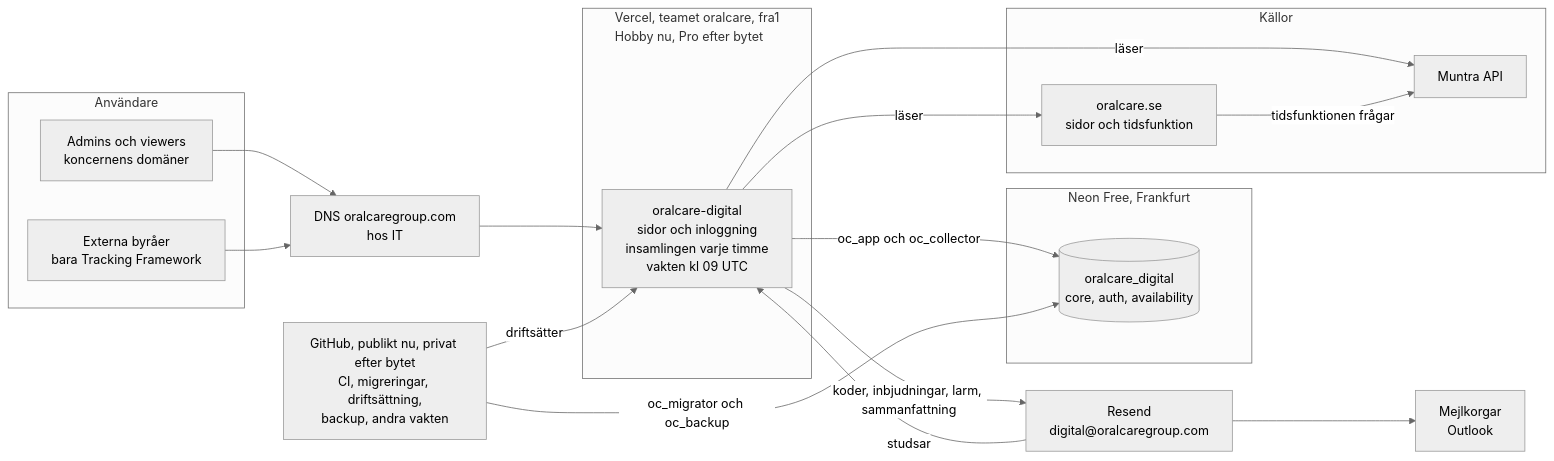
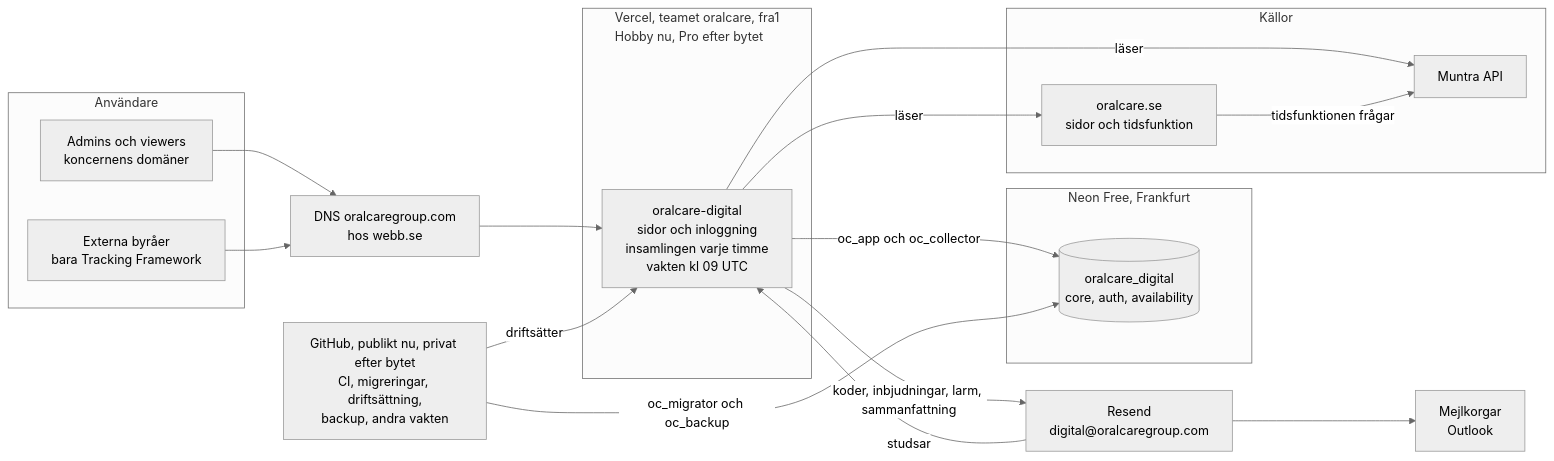
One commit to oral-care/oralcare-digital changed the diagram in docs/plan.md. Above: the diagram before and after it, drawn with Mermaid (neutral theme). The commit also changed other lines of this file and 61 other files, not shown here.

````diff
--- a/docs/plan.md
+++ b/docs/plan.md
@@ -1220,34 +1233,34 @@
 ```mermaid
 flowchart LR
   subgraph users["Användare"]
     staff["Admins och viewers<br/>koncernens domäner"]
     agency["Externa byråer<br/>bara Tracking Framework"]
   end
-  dns["DNS oralcaregroup.com<br/>hos IT"]
+  dns["DNS oralcaregroup.com<br/>hos webb.se"]
   subgraph vercel["Vercel, teamet oralcare, fra1<br/>Hobby nu, Pro efter bytet"]
     app["oralcare-digital<br/>sidor och inloggning<br/>insamlingen varje timme<br/>vakten kl 09 UTC"]
   end
   subgraph neon["Neon Free, Frankfurt"]
     db[("oralcare_digital<br/>core, auth, availability")]
   end
   subgraph sources["Källor"]
     oc["oralcare.se<br/>sidor och tidsfunktion"]
     mu["Muntra API"]
   end
   resend["Resend<br/>digital@oralcaregroup.com"]
   inbox["Mejlkorgar<br/>Outlook"]
   gh["GitHub, publikt nu, privat efter bytet<br/>CI, migreringar, driftsättning,<br/>backup, andra vakten"]
 
   staff --> dns
   agency --> dns
   dns --> app
   app -- "oc_app och oc_collector" --> db
   app -- "läser" --> oc
   app -- "läser" --> mu
   oc -- "tidsfunktionen frågar" --> mu
   app -- "koder, inbjudningar, larm, sammanfattning" --> resend
   resend --> inbox
   resend -- "studsar" --> app
   gh -- "driftsätter" --> app
   gh -- "oc_migrator och oc_backup" --> db
 ```
````
